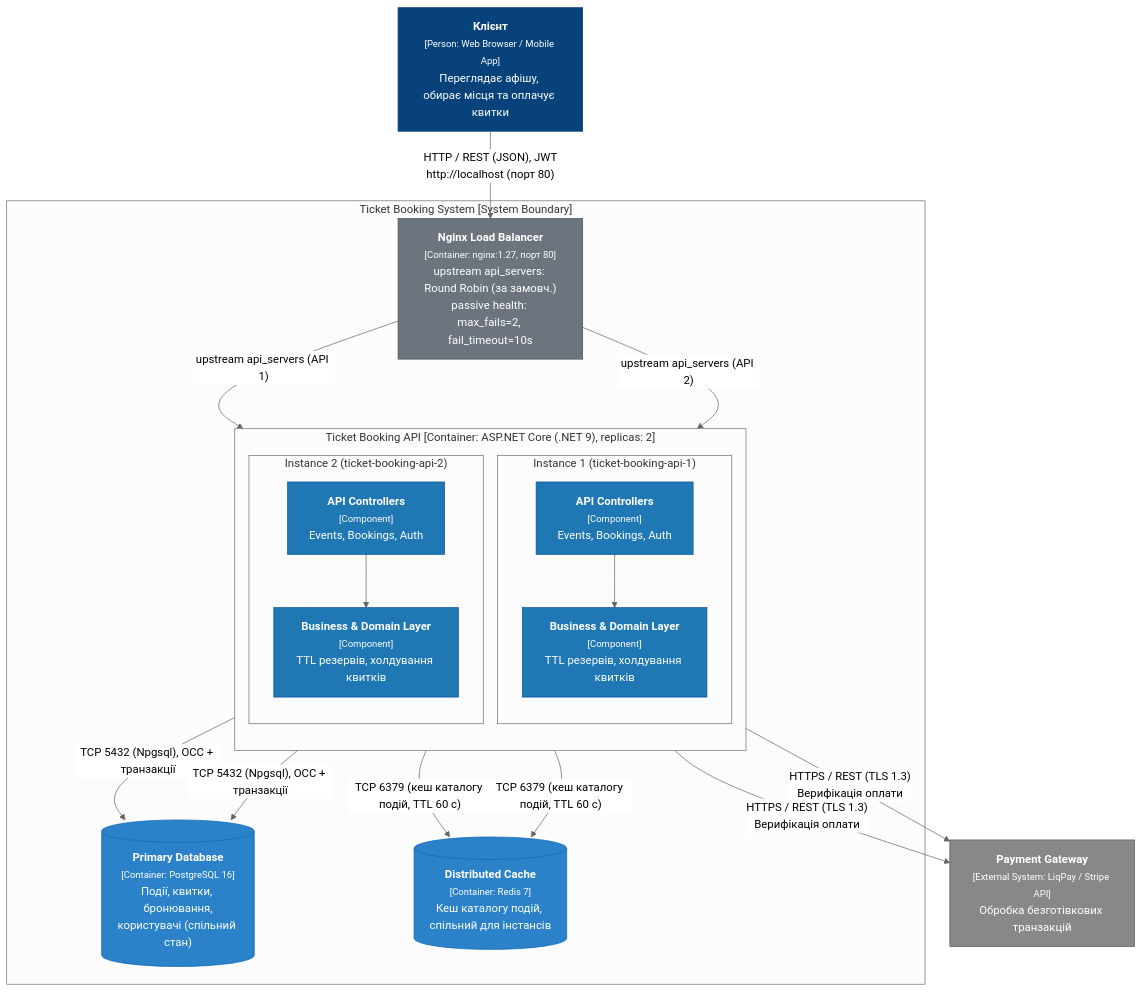
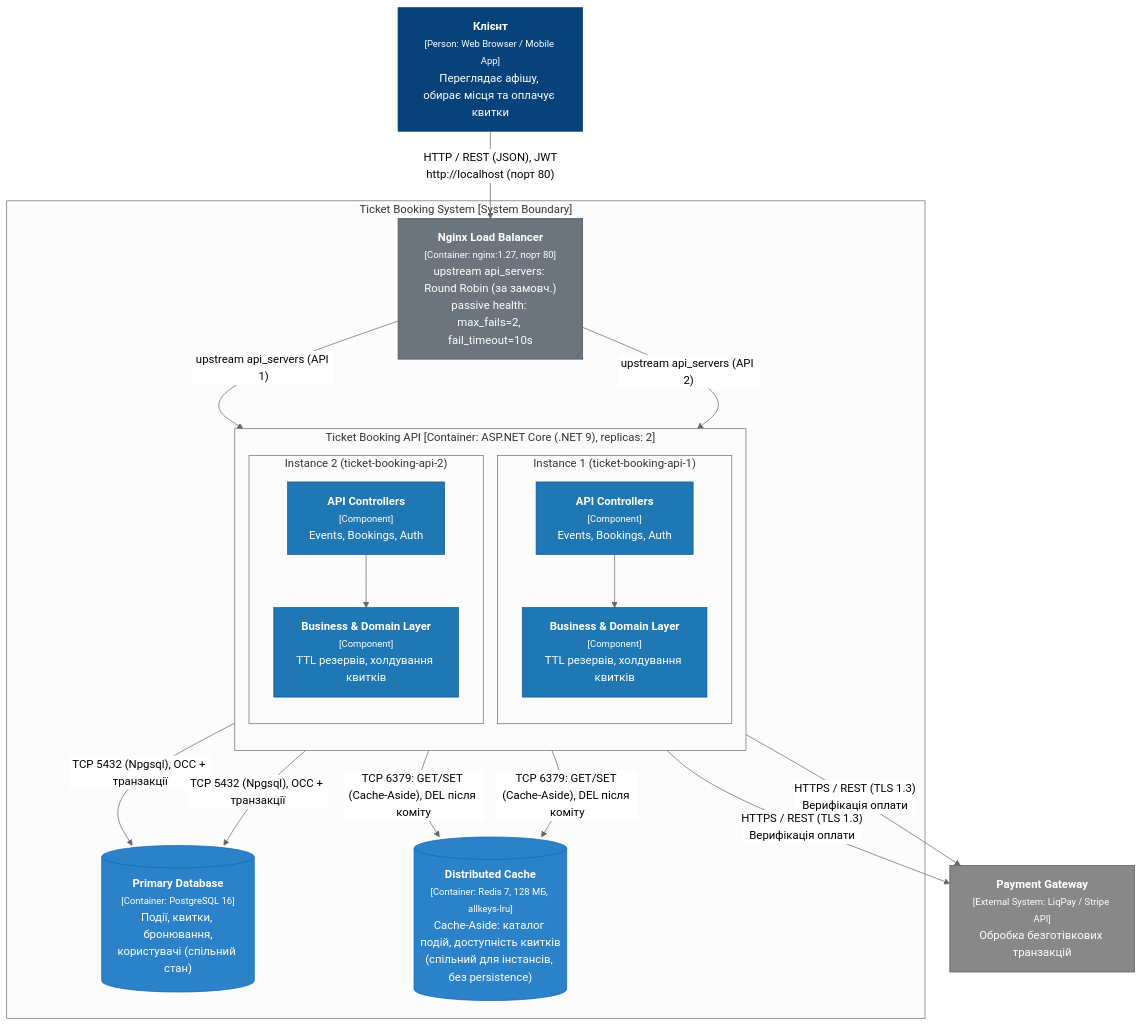
One commit to katushhiaa/ticket-booking-platform changed the second of 10 diagrams in README.md. Above: the diagram before and after it, drawn with Mermaid (neutral theme). The commit also changed other lines of this file and 97 other files, not shown here.

````diff
--- a/README.md
+++ b/README.md
@@ -150,46 +152,46 @@
 ```mermaid
 flowchart TB
     classDef person fill:#08427b,stroke:#073b6f,color:#fff;
     classDef container fill:#1168bd,stroke:#0e5296,color:#fff;
     classDef component fill:#1f77b4,stroke:#0e5296,color:#fff;
     classDef db fill:#2b82c9,stroke:#1168bd,color:#fff;
     classDef infra fill:#6c757d,stroke:#495057,color:#fff;
     classDef ext fill:#888888,stroke:#555555,color:#fff;
 
     Customer["<b>Клієнт</b><br/><small>[Person: Web Browser / Mobile App]</small><br/>Переглядає афішу, обирає місця та оплачує квитки"]:::person
 
     subgraph SystemBoundary ["Ticket Booking System [System Boundary]"]
 
         Nginx["<b>Nginx Load Balancer</b><br/><small>[Container: nginx:1.27, порт 80]</small><br/>upstream api_servers: Round Robin (за замовч.)<br/>passive health: max_fails=2, fail_timeout=10s"]:::infra
 
         subgraph ApiCluster ["Ticket Booking API [Container: ASP.NET Core (.NET 9), replicas: 2]"]
             direction TB
             subgraph Node1 ["Instance 1 (ticket-booking-api-1)"]
                 Ctrl1["<b>API Controllers</b><br/><small>[Component]</small><br/>Events, Bookings, Auth"]:::component
                 Svc1["<b>Business & Domain Layer</b><br/><small>[Component]</small><br/>TTL резервів, холдування квитків"]:::component
             end
             subgraph Node2 ["Instance 2 (ticket-booking-api-2)"]
                 Ctrl2["<b>API Controllers</b><br/><small>[Component]</small><br/>Events, Bookings, Auth"]:::component
                 Svc2["<b>Business & Domain Layer</b><br/><small>[Component]</small><br/>TTL резервів, холдування квитків"]:::component
             end
         end
 
         Db[("<b>Primary Database</b><br/><small>[Container: PostgreSQL 16]</small><br/>Події, квитки, бронювання,<br/>користувачі (спільний стан)")]:::db
-        Redis[("<b>Distributed Cache</b><br/><small>[Container: Redis 7]</small><br/>Кеш каталогу подій, спільний для інстансів")]:::db
+        Redis[("<b>Distributed Cache</b><br/><small>[Container: Redis 7, 128 МБ, allkeys-lru]</small><br/>Cache-Aside: каталог подій, доступність квитків<br/>(спільний для інстансів, без persistence)")]:::db
 
     end
 
     PaymentGateway["<b>Payment Gateway</b><br/><small>[External System: LiqPay / Stripe API]</small><br/>Обробка безготівкових транзакцій"]:::ext
 
     Customer -->|"HTTP / REST (JSON), JWT<br/>http://localhost (порт 80)"| Nginx
     Nginx -->|"upstream api_servers (API 1)"| Ctrl1
     Nginx -->|"upstream api_servers (API 2)"| Ctrl2
     Ctrl1 --> Svc1
     Ctrl2 --> Svc2
     Svc1 -->|"TCP 5432 (Npgsql), OCC + транзакції"| Db
     Svc2 -->|"TCP 5432 (Npgsql), OCC + транзакції"| Db
-    Svc1 -->|"TCP 6379 (кеш каталогу подій, TTL 60 с)"| Redis
-    Svc2 -->|"TCP 6379 (кеш каталогу подій, TTL 60 с)"| Redis
+    Svc1 -->|"TCP 6379: GET/SET (Cache-Aside), DEL після коміту"| Redis
+    Svc2 -->|"TCP 6379: GET/SET (Cache-Aside), DEL після коміту"| Redis
     Svc1 -->|"HTTPS / REST (TLS 1.3)<br/>Верифікація оплати"| PaymentGateway
     Svc2 -->|"HTTPS / REST (TLS 1.3)<br/>Верифікація оплати"| PaymentGateway
 ```
````
